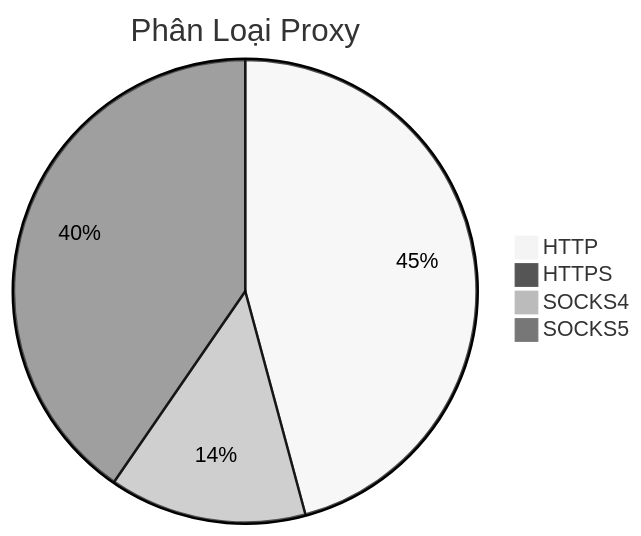
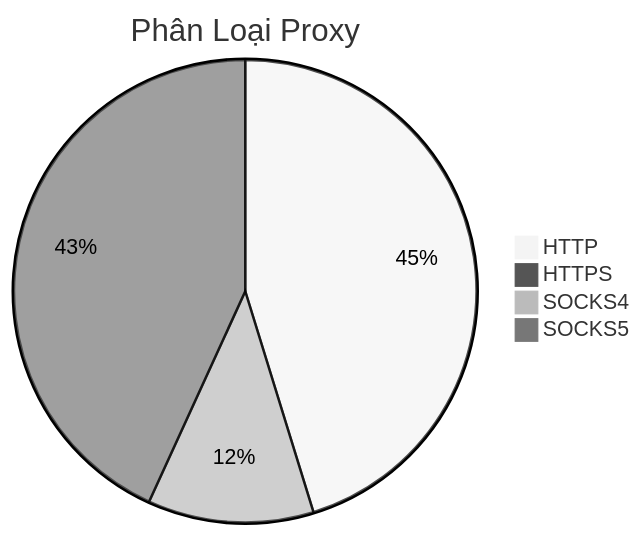
The diagram in README.md (Ciara-Aa/PROXY-free), drawn with Mermaid (neutral theme) before and after one commit. The commit also changed other lines of this file and 4 other files, not shown here.

````diff
--- a/README.md
+++ b/README.md
@@ -26,7 +26,7 @@
 ```mermaid
 pie title Phân Loại Proxy
-    "HTTP" : 246
-    "HTTPS" : 4
-    "SOCKS4" : 74
-    "SOCKS5" : 217
+    "HTTP" : 242
+    "HTTPS" : 3
+    "SOCKS4" : 62
+    "SOCKS5" : 231
 ```
````
